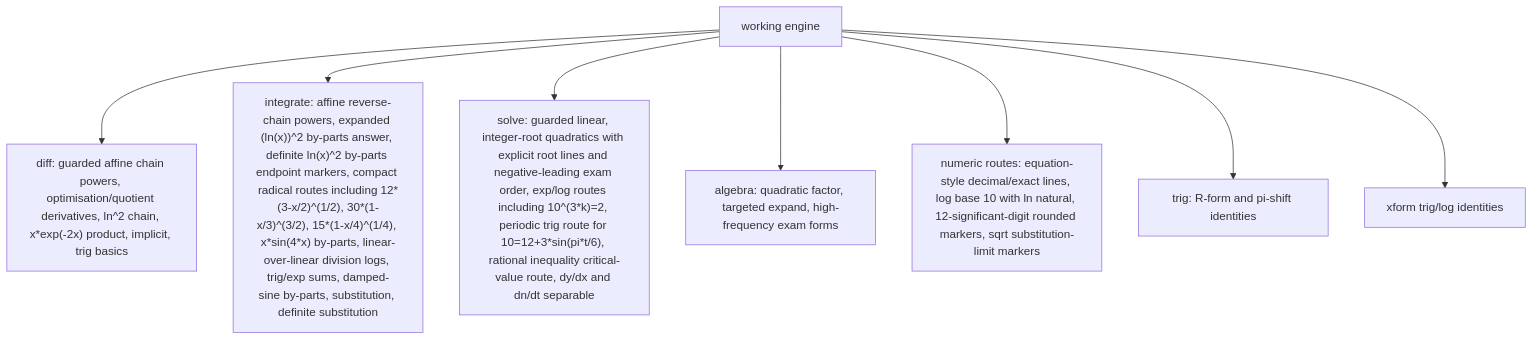
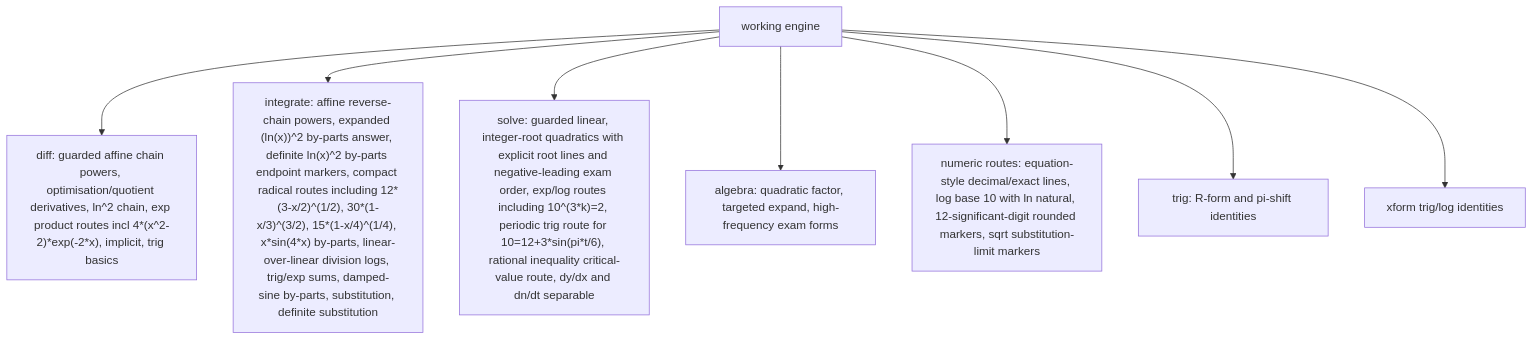
One commit to james8464/notes-addin-casio-fx-cg50 changed the third of 6 diagrams in docs/GRAPH.md. Above: the diagram before and after it, drawn with Mermaid. The commit also changed other lines of this file and 3 other files, not shown here.

Commit message:
add exp product derivative route

````diff
--- a/docs/GRAPH.md
+++ b/docs/GRAPH.md
@@ -36,10 +36,10 @@
 ```mermaid
 graph TD
-  Work["working engine"] --> Diff["diff: guarded affine chain powers, optimisation/quotient derivatives, ln^2 chain, x*exp(-2x) product, implicit, trig basics"]
+  Work["working engine"] --> Diff["diff: guarded affine chain powers, optimisation/quotient derivatives, ln^2 chain, exp product routes incl 4*(x^2-2)*exp(-2*x), implicit, trig basics"]
   Work --> Int["integrate: affine reverse-chain powers, expanded (ln(x))^2 by-parts answer, definite ln(x)^2 by-parts endpoint markers, compact radical routes including 12*(3-x/2)^(1/2), 30*(1-x/3)^(3/2), 15*(1-x/4)^(1/4), x*sin(4*x) by-parts, linear-over-linear division logs, trig/exp sums, damped-sine by-parts, substitution, definite substitution"]
   Work --> Solve["solve: guarded linear, integer-root quadratics with explicit root lines and negative-leading exam order, exp/log routes including 10^(3*k)=2, periodic trig route for 10=12+3*sin(pi*t/6), rational inequality critical-value route, dy/dx and dn/dt separable"]
   Work --> Alg["algebra: quadratic factor, targeted expand, high-frequency exam forms"]
   Work --> Num["numeric routes: equation-style decimal/exact lines, log base 10 with ln natural, 12-significant-digit rounded markers, sqrt substitution-limit markers"]
   Work --> Trig["trig: R-form and pi-shift identities"]
   Work --> Xform["xform trig/log identities"]
 ```
````
